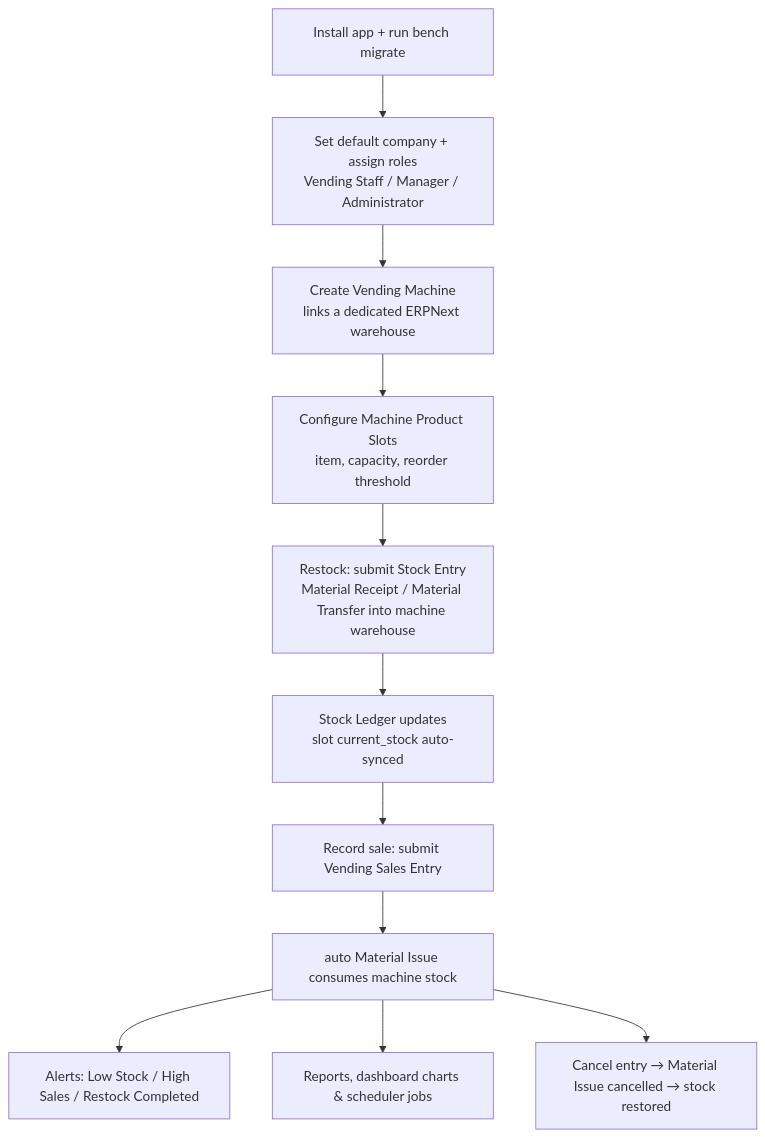
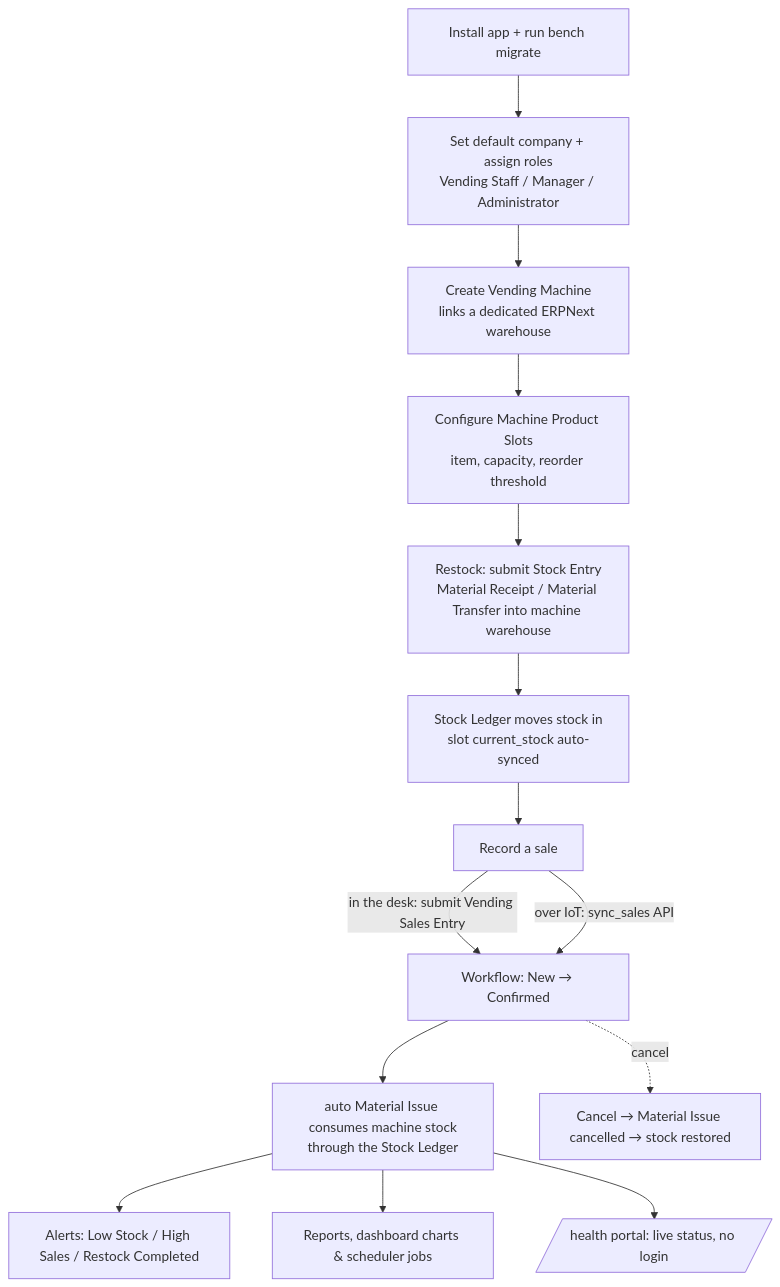
One commit to Sudhakar1110/Vending-Tracker changed the first of 2 diagrams in README.md. Above: the diagram before and after it, drawn with Mermaid. The commit also changed other lines of this file, not shown here.

Commit message:
docs: expand README workflow into a clear start-to-end guide with IoT loop and portal

````diff
--- a/README.md
+++ b/README.md
@@ -93,13 +101,16 @@
 ```mermaid
 flowchart TD
     A[Install app + run bench migrate] --> B[Set default company + assign roles<br/>Vending Staff / Manager / Administrator]
     B --> C[Create Vending Machine<br/>links a dedicated ERPNext warehouse]
     C --> D[Configure Machine Product Slots<br/>item, capacity, reorder threshold]
     D --> E[Restock: submit Stock Entry<br/>Material Receipt / Material Transfer into machine warehouse]
-    E --> F[Stock Ledger updates<br/>slot current_stock auto-synced]
-    F --> G[Record sale: submit Vending Sales Entry]
-    G --> H[auto Material Issue consumes machine stock]
-    H --> I[Alerts: Low Stock / High Sales / Restock Completed]
-    H --> J[Reports, dashboard charts & scheduler jobs]
-    H --> K[Cancel entry → Material Issue cancelled → stock restored]
+    E --> F[Stock Ledger moves stock in<br/>slot current_stock auto-synced]
+    F --> G[Record a sale]
+    G -->|in the desk: submit Vending Sales Entry| H[Workflow: New → Confirmed]
+    G -->|over IoT: sync_sales API| H
+    H --> I[auto Material Issue consumes machine stock<br/>through the Stock Ledger]
+    I --> J[Alerts: Low Stock / High Sales / Restock Completed]
+    I --> K[Reports, dashboard charts & scheduler jobs]
+    I --> L[/health portal: live status, no login/]
+    H -. cancel .-> M[Cancel → Material Issue cancelled → stock restored]
 ```
````
